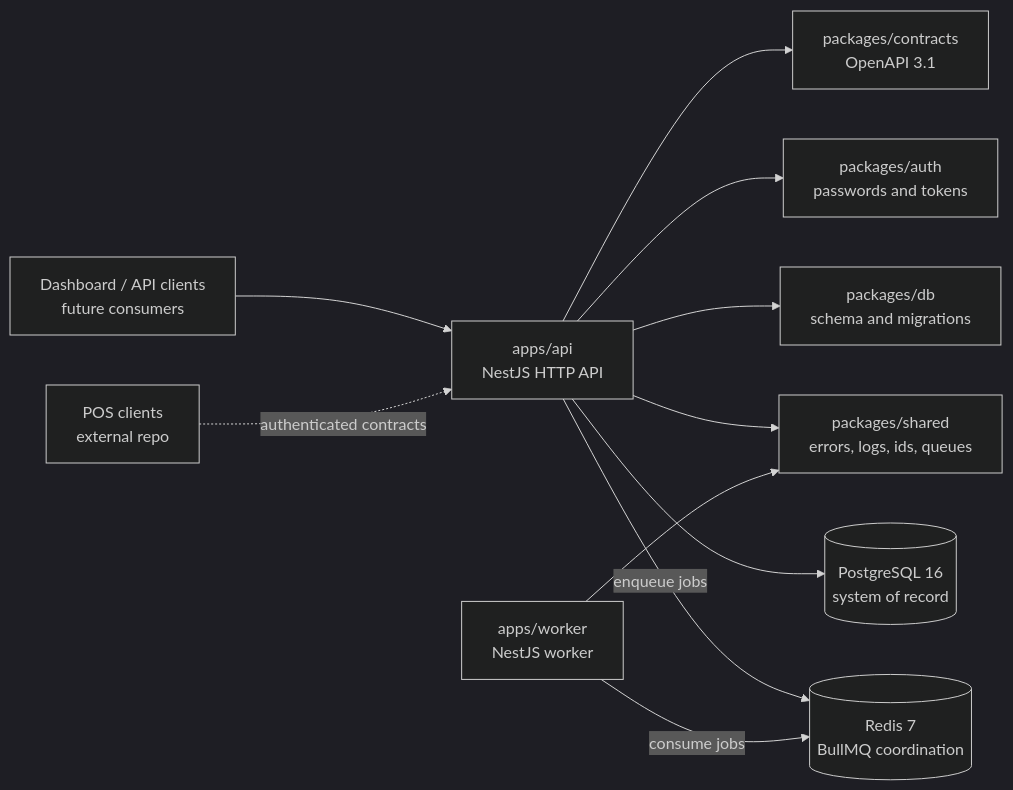
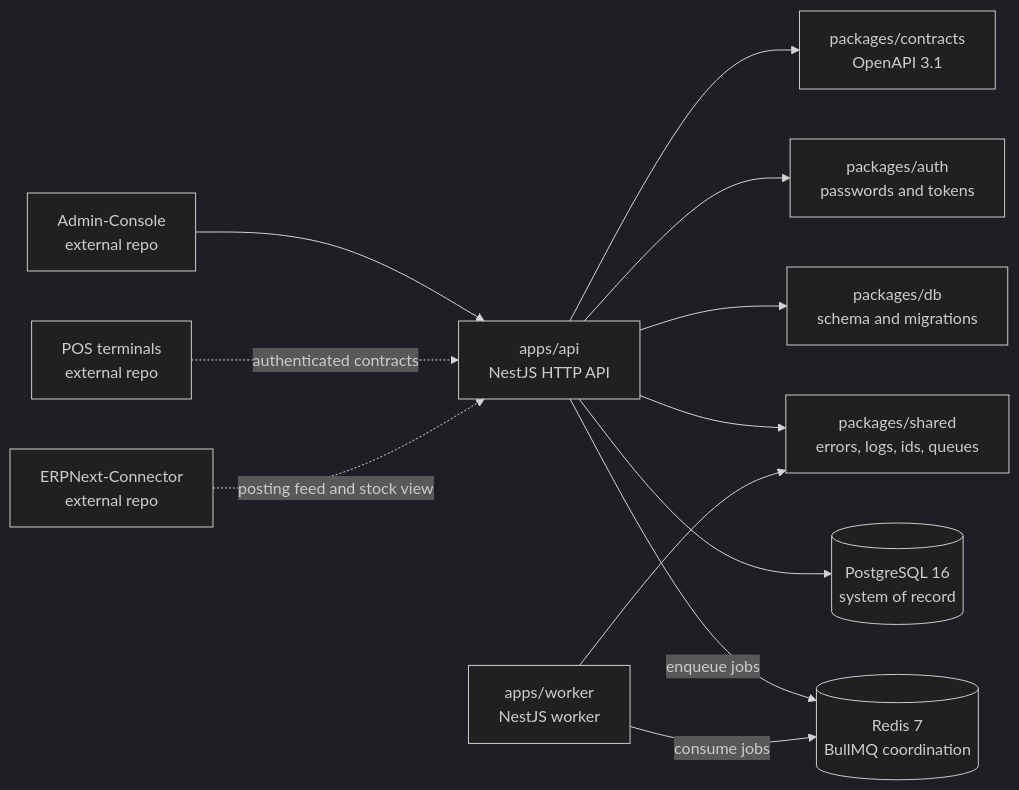
One commit to Kemetra-Labs/Retail-Tower-Erp changed the diagram in services/backend-core/README.md. Above: the diagram before and after it, drawn with Mermaid (dark theme). The commit also changed other lines of this file, not shown here.

````diff
--- a/services/backend-core/README.md
+++ b/services/backend-core/README.md
@@ -266,24 +323,26 @@
 ```mermaid
 flowchart LR
-  clients["Dashboard / API clients<br/>future consumers"]
-  pos["POS clients<br/>external repo"]
+  clients["Admin-Console<br/>external repo"]
+  pos["POS terminals<br/>external repo"]
+  connector["ERPNext-Connector<br/>external repo"]
   api["apps/api<br/>NestJS HTTP API"]
   worker["apps/worker<br/>NestJS worker"]
   contracts["packages/contracts<br/>OpenAPI 3.1"]
   auth["packages/auth<br/>passwords and tokens"]
   db["packages/db<br/>schema and migrations"]
   shared["packages/shared<br/>errors, logs, ids, queues"]
   pg[("PostgreSQL 16<br/>system of record")]
   redis[("Redis 7<br/>BullMQ coordination")]
 
   clients --> api
   pos -. authenticated contracts .-> api
+  connector -. posting feed and stock view .-> api
   api --> contracts
   api --> auth
   api --> db
   api --> shared
   api --> pg
   api -- enqueue jobs --> redis
   worker -- consume jobs --> redis
   worker --> shared
 ```
````
